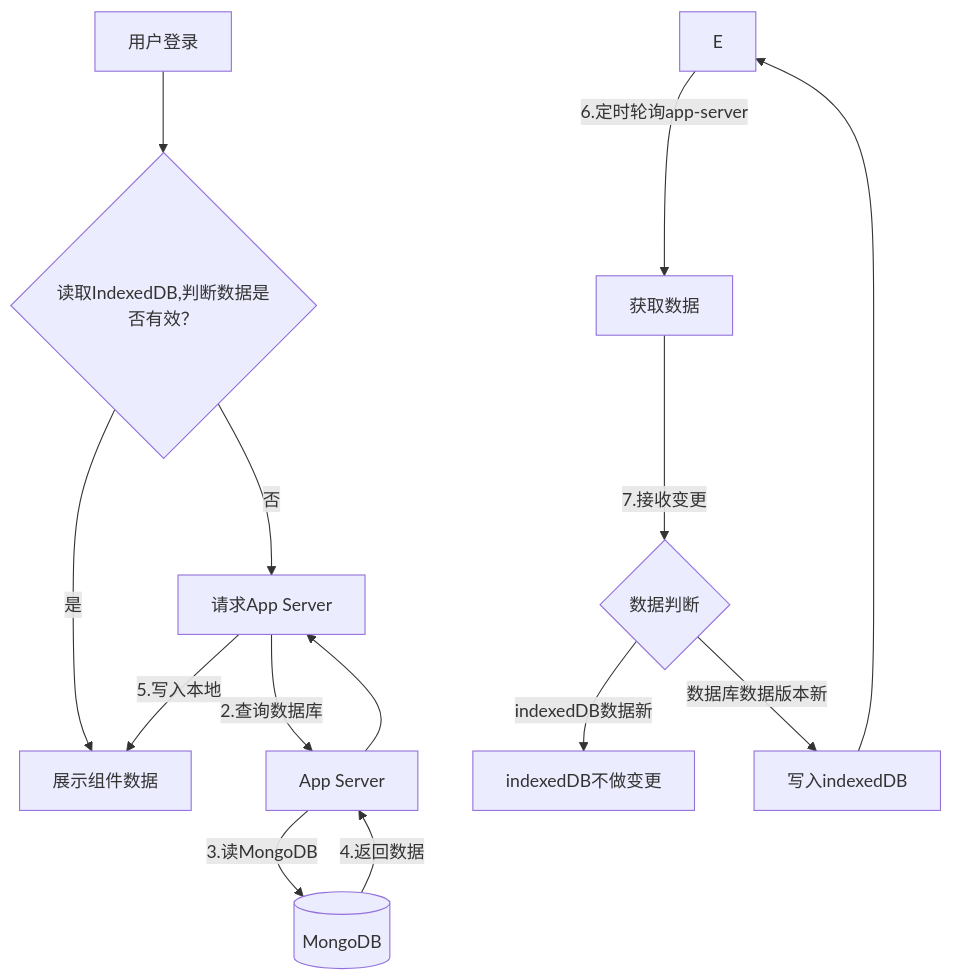
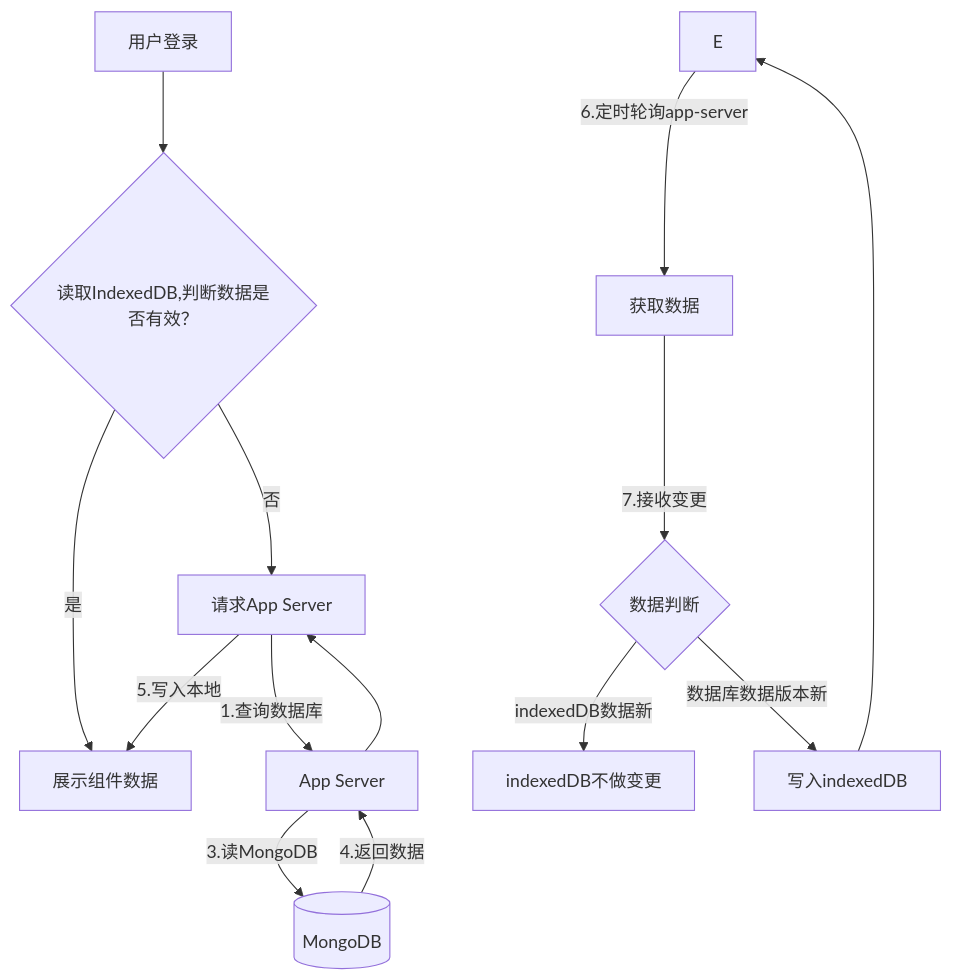
Before and after one commit to yingjianzh/iodraw-files: the diagram in all/未命名-22.md, drawn with Mermaid.

Commit message:
2025-02-18 16:09:59 update

````diff
--- a/all/未命名-22.md
+++ b/all/未命名-22.md
@@ -1,16 +1,16 @@
 ```mermaid
 graph TD
     A[用户登录] --> B{读取IndexedDB,判断数据是否有效？}
     B -->|是| C[展示组件数据]
     B -->|否| D[请求App Server]
     
-    D -->|2.查询数据库| F[App Server]
+    D -->|1.查询数据库| F[App Server]
     F -->|3.读MongoDB| G[(MongoDB)]
     G -->|4.返回数据| F --> D
     D -->|5.写入本地| C
     E -->|6.定时轮询app-server| H[获取数据]
     H -->|7.接收变更| I{数据判断}
     I -->|indexedDB数据新| J[indexedDB不做变更]
     I -->|数据库数据版本新| K[写入indexedDB]
     K --> E
 ```
````
